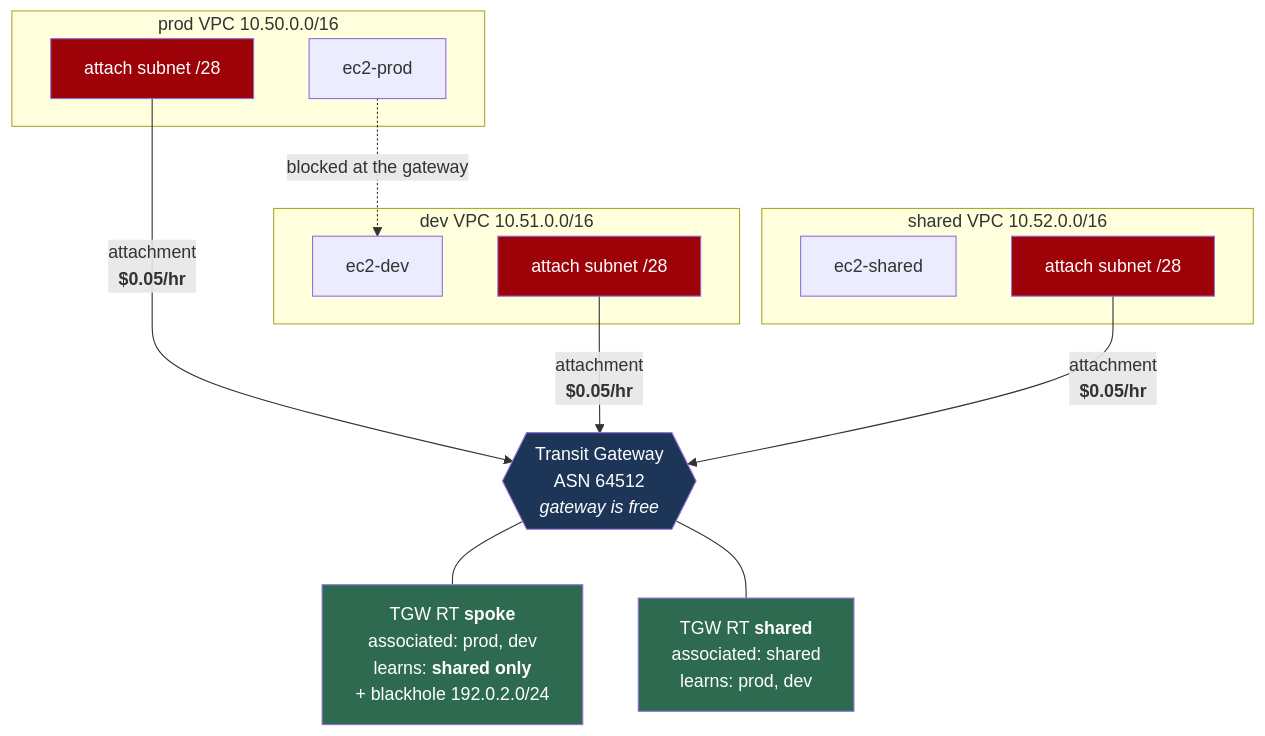
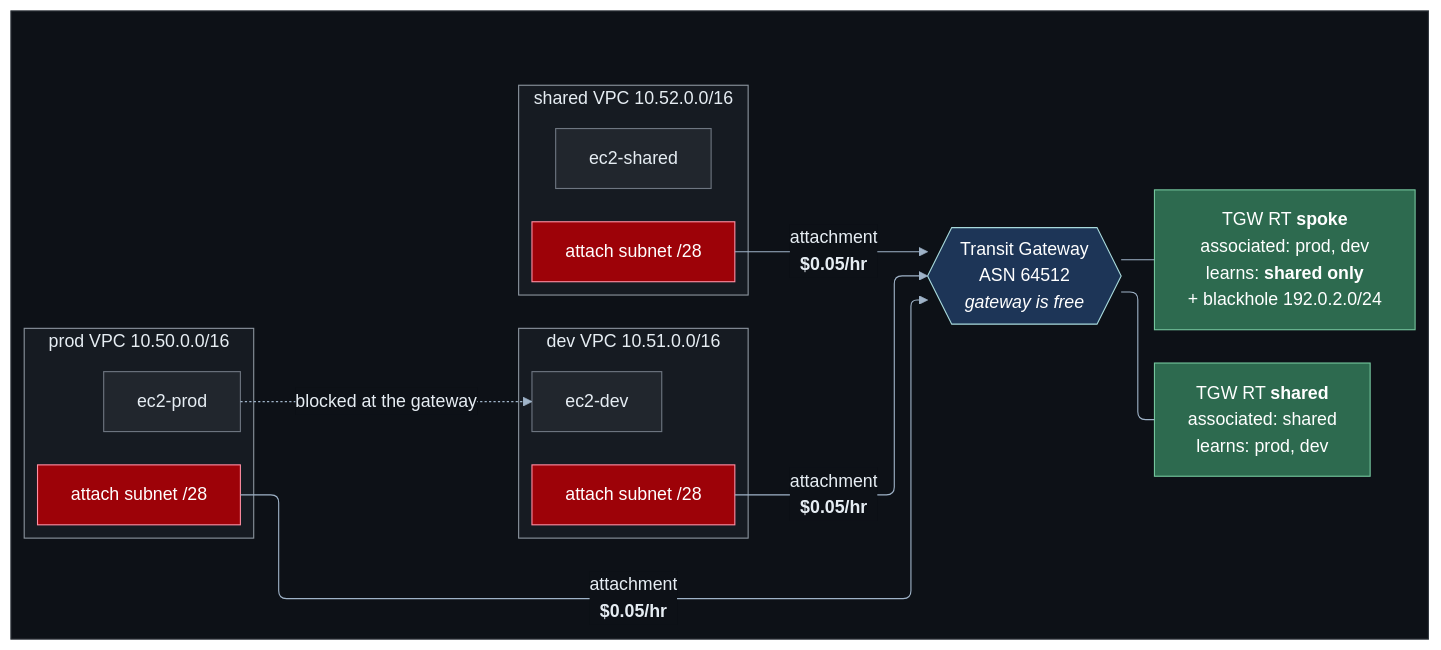
One commit to HuyNguyen260398/aws-network-architecture changed the diagram in labs/05-transit-gateway/README.md. Above: the diagram before and after it, drawn with Mermaid. The commit also changed 13 other files, not shown here.

First line of the commit message:
docs(diagrams): restyle all Mermaid diagrams for dark mode and orthogonal lines

````diff
--- a/labs/05-transit-gateway/README.md
+++ b/labs/05-transit-gateway/README.md
@@ -51,34 +51,59 @@
 ```mermaid
-graph TB
-    subgraph PROD["prod VPC 10.50.0.0/16"]
-        EP["ec2-prod"]
-        AP["attach subnet /28"]
+---
+config:
+  layout: elk
+  theme: base
+  themeVariables:
+    lineColor: "#9fb3c8"
+    textColor: "#e6edf3"
+    primaryColor: "#21262d"
+    primaryTextColor: "#e6edf3"
+    primaryBorderColor: "#6e7681"
+    edgeLabelBackground: "#0d1117"
+    clusterBkg: "#161b22"
+    clusterBorder: "#6e7681"
+    titleColor: "#e6edf3"
+  flowchart:
+    curve: rounded
+    wrappingWidth: 420
+---
+flowchart LR
+    subgraph CANVAS[" "]
+        subgraph PROD["prod VPC 10.50.0.0/16"]
+            EP["ec2-prod"]
+            AP["attach subnet /28"]
+        end
+        subgraph DEV["dev VPC 10.51.0.0/16"]
+            ED["ec2-dev"]
+            AD["attach subnet /28"]
+        end
+        subgraph SH["shared VPC 10.52.0.0/16"]
+            ES["ec2-shared"]
+            AS["attach subnet /28"]
+        end
+
+        TGW{{"Transit Gateway<br/>ASN 64512<br/><i>gateway is free</i>"}}
+
+        RTSPOKE["TGW RT <b>spoke</b><br/>associated: prod, dev<br/>learns: <b>shared only</b><br/>+ blackhole 192.0.2.0/24"]
+        RTSHARED["TGW RT <b>shared</b><br/>associated: shared<br/>learns: prod, dev"]
     end
-    subgraph DEV["dev VPC 10.51.0.0/16"]
-        ED["ec2-dev"]
-        AD["attach subnet /28"]
-    end
-    subgraph SH["shared VPC 10.52.0.0/16"]
-        ES["ec2-shared"]
-        AS["attach subnet /28"]
-    end
-
-    TGW{{"Transit Gateway<br/>ASN 64512<br/><i>gateway is free</i>"}}
-
-    RTSPOKE["TGW RT <b>spoke</b><br/>associated: prod, dev<br/>learns: <b>shared only</b><br/>+ blackhole 192.0.2.0/24"]
-    RTSHARED["TGW RT <b>shared</b><br/>associated: shared<br/>learns: prod, dev"]
 
     AP -->|"attachment<br/><b>$0.05/hr</b>"| TGW
     AD -->|"attachment<br/><b>$0.05/hr</b>"| TGW
     AS -->|"attachment<br/><b>$0.05/hr</b>"| TGW
     TGW --- RTSPOKE
     TGW --- RTSHARED
     EP -.->|"blocked at the gateway"| ED
 
-    style TGW fill:#1d3557,color:#fff
-    style RTSPOKE fill:#2d6a4f,color:#fff
-    style RTSHARED fill:#2d6a4f,color:#fff
-    style AP fill:#9d0208,color:#fff
-    style AD fill:#9d0208,color:#fff
-    style AS fill:#9d0208,color:#fff
+    classDef canvas fill:#0d1117,stroke:#30363d,color:#e6edf3
+    classDef vpc fill:#161b22,stroke:#8b949e,color:#e6edf3
+    classDef free fill:#2d6a4f,stroke:#74c69d,color:#fff
+    classDef gateway fill:#1d3557,stroke:#a8dadc,color:#fff
+    classDef billed fill:#9d0208,stroke:#ff8fa3,color:#fff
+
+    class CANVAS canvas
+    class PROD,DEV,SH vpc
+    class RTSPOKE,RTSHARED free
+    class TGW gateway
+    class AP,AD,AS billed
 ```
````
